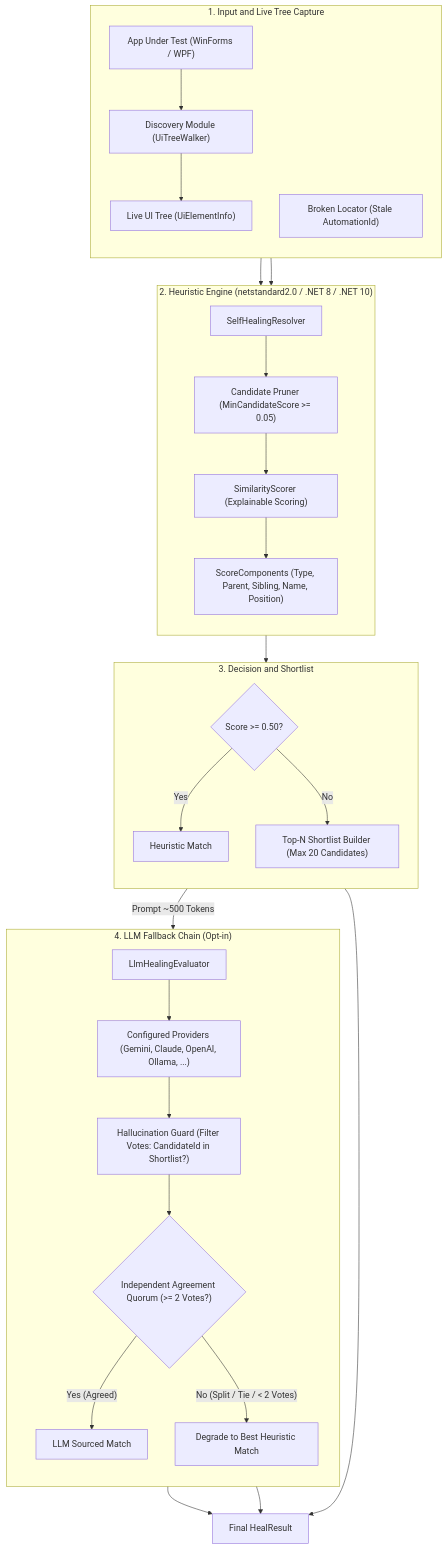
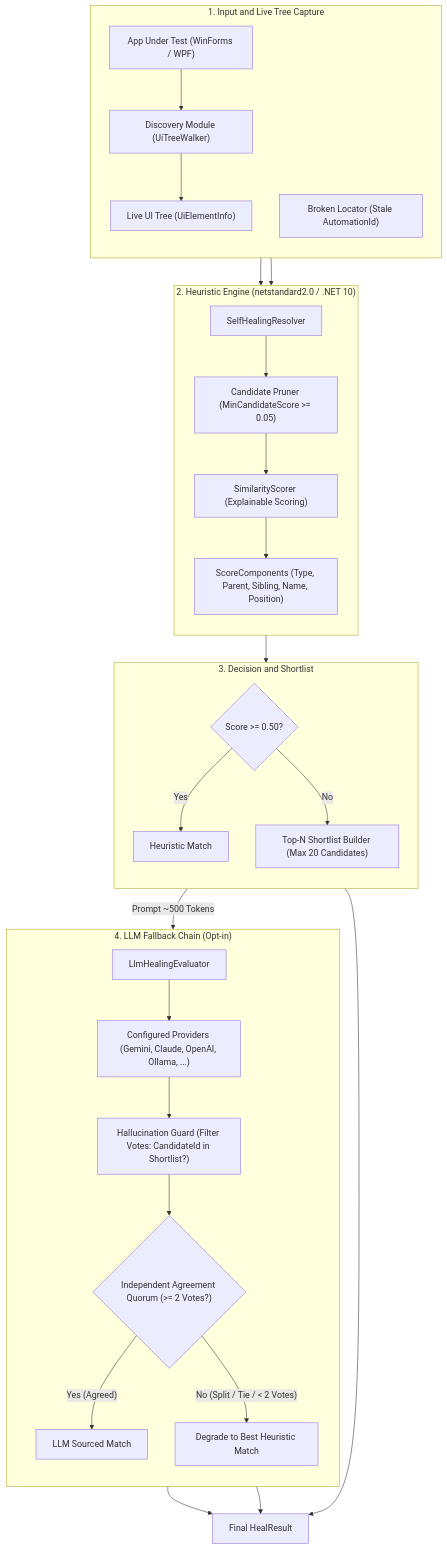
One commit to mustafasercansak/automation-sandbox changed the first of 3 diagrams in README.md. Above: the diagram before and after it, drawn with Mermaid. The commit also changed other lines of this file and 79 other files, not shown here.

First line of the commit message:
build: move the repository from .NET 8 to .NET 10, keep netstandard2.0 and net48 (#652) (#653)

````diff
--- a/README.md
+++ b/README.md
@@ -178,48 +178,48 @@
 ```mermaid
 flowchart TB
     subgraph STAGE1 ["1. Input and Live Tree Capture"]
         direction TB
         App["App Under Test (WinForms / WPF)"]
         Walker["Discovery Module (UiTreeWalker)"]
         Snapshot["Live UI Tree (UiElementInfo)"]
         BrokenLoc["Broken Locator (Stale AutomationId)"]
         App --> Walker --> Snapshot
     end
-    subgraph STAGE2 ["2. Heuristic Engine (netstandard2.0 / .NET 8 / .NET 10)"]
+    subgraph STAGE2 ["2. Heuristic Engine (netstandard2.0 / .NET 10)"]
         direction TB
         Resolver["SelfHealingResolver"]
         Pruner["Candidate Pruner (MinCandidateScore >= 0.05)"]
         Scorer["SimilarityScorer (Explainable Scoring)"]
         Breakdown["ScoreComponents (Type, Parent, Sibling, Name, Position)"]
         Snapshot --> Resolver
         BrokenLoc --> Resolver
         Resolver --> Pruner --> Scorer --> Breakdown
     end
     subgraph STAGE3 ["3. Decision and Shortlist"]
         direction TB
         CheckScore{"Score >= 0.50?"}
         ConfidentRes["Heuristic Match"]
         Shortlist["Top-N Shortlist Builder (Max 20 Candidates)"]
         Breakdown --> CheckScore
         CheckScore -->|Yes| ConfidentRes
         CheckScore -->|No| Shortlist
     end
     subgraph STAGE4 ["4. LLM Fallback Chain (Opt-in)"]
         direction TB
         Eval["LlmHealingEvaluator"]
         Providers["Configured Providers (Gemini, Claude, OpenAI, Ollama, ...)"]
         Guard["Hallucination Guard (Filter Votes: CandidateId in Shortlist?)"]
         Consensus{"Independent Agreement Quorum (>= 2 Votes?)"}
         LLMRes["LLM Sourced Match"]
         HeuristicFallback["Degrade to Best Heuristic Match"]
         Shortlist -->|Prompt ~500 Tokens| Eval
         Eval --> Providers
         Providers --> Guard
         Guard --> Consensus
         Consensus -->|"Yes (Agreed)"| LLMRes
         Consensus -->|"No (Split / Tie / < 2 Votes)"| HeuristicFallback
     end
     ConfidentRes --> Output["Final HealResult"]
     LLMRes --> Output
     HeuristicFallback --> Output
 ```
````
